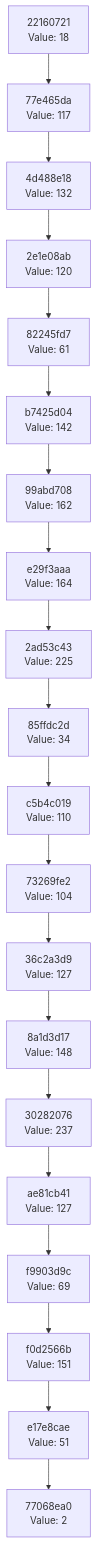
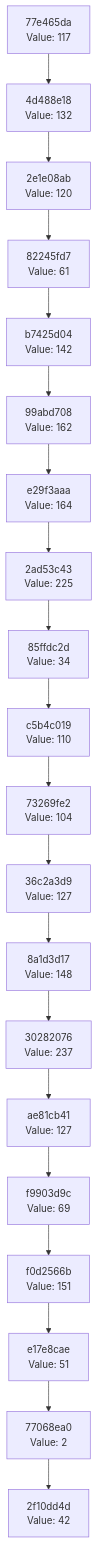
Before and after one commit to Abhisheksinha1506/hash-chain-evolver: the diagram in docs/CHAIN_VISUALIZATION.md, drawn with Mermaid. The commit also changed 3 other files, not shown here.

````diff
--- a/docs/CHAIN_VISUALIZATION.md
+++ b/docs/CHAIN_VISUALIZATION.md
@@ -3,42 +3,42 @@
 ```mermaid
 graph TD
-    C0["77068ea0<br/>Value: 2"]
-    C1["e17e8cae<br/>Value: 51"]
+    C0["2f10dd4d<br/>Value: 42"]
+    C1["77068ea0<br/>Value: 2"]
     C1 --> C0
-    C2["f0d2566b<br/>Value: 151"]
+    C2["e17e8cae<br/>Value: 51"]
     C2 --> C1
-    C3["f9903d9c<br/>Value: 69"]
+    C3["f0d2566b<br/>Value: 151"]
     C3 --> C2
-    C4["ae81cb41<br/>Value: 127"]
+    C4["f9903d9c<br/>Value: 69"]
     C4 --> C3
-    C5["30282076<br/>Value: 237"]
+    C5["ae81cb41<br/>Value: 127"]
     C5 --> C4
-    C6["8a1d3d17<br/>Value: 148"]
+    C6["30282076<br/>Value: 237"]
     C6 --> C5
-    C7["36c2a3d9<br/>Value: 127"]
+    C7["8a1d3d17<br/>Value: 148"]
     C7 --> C6
-    C8["73269fe2<br/>Value: 104"]
+    C8["36c2a3d9<br/>Value: 127"]
     C8 --> C7
-    C9["c5b4c019<br/>Value: 110"]
+    C9["73269fe2<br/>Value: 104"]
     C9 --> C8
-    C10["85ffdc2d<br/>Value: 34"]
+    C10["c5b4c019<br/>Value: 110"]
     C10 --> C9
-    C11["2ad53c43<br/>Value: 225"]
+    C11["85ffdc2d<br/>Value: 34"]
     C11 --> C10
-    C12["e29f3aaa<br/>Value: 164"]
+    C12["2ad53c43<br/>Value: 225"]
     C12 --> C11
-    C13["99abd708<br/>Value: 162"]
+    C13["e29f3aaa<br/>Value: 164"]
     C13 --> C12
-    C14["b7425d04<br/>Value: 142"]
+    C14["99abd708<br/>Value: 162"]
     C14 --> C13
-    C15["82245fd7<br/>Value: 61"]
+    C15["b7425d04<br/>Value: 142"]
     C15 --> C14
-    C16["2e1e08ab<br/>Value: 120"]
+    C16["82245fd7<br/>Value: 61"]
     C16 --> C15
-    C17["4d488e18<br/>Value: 132"]
+    C17["2e1e08ab<br/>Value: 120"]
     C17 --> C16
-    C18["77e465da<br/>Value: 117"]
+    C18["4d488e18<br/>Value: 132"]
     C18 --> C17
-    C19["22160721<br/>Value: 18"]
+    C19["77e465da<br/>Value: 117"]
     C19 --> C18
 ```
````
